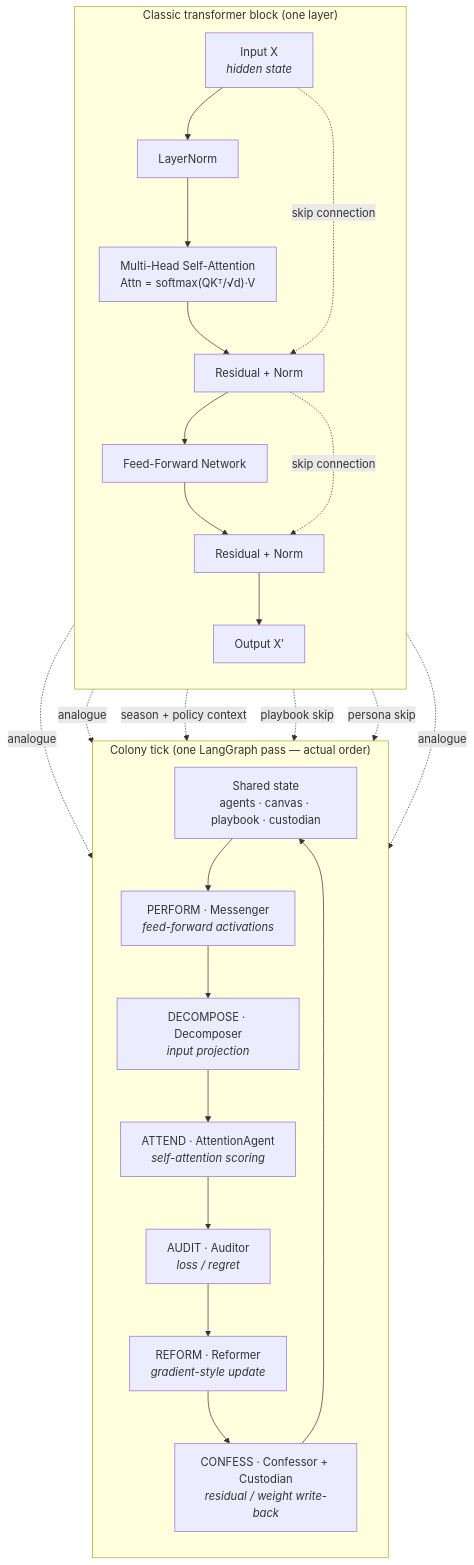
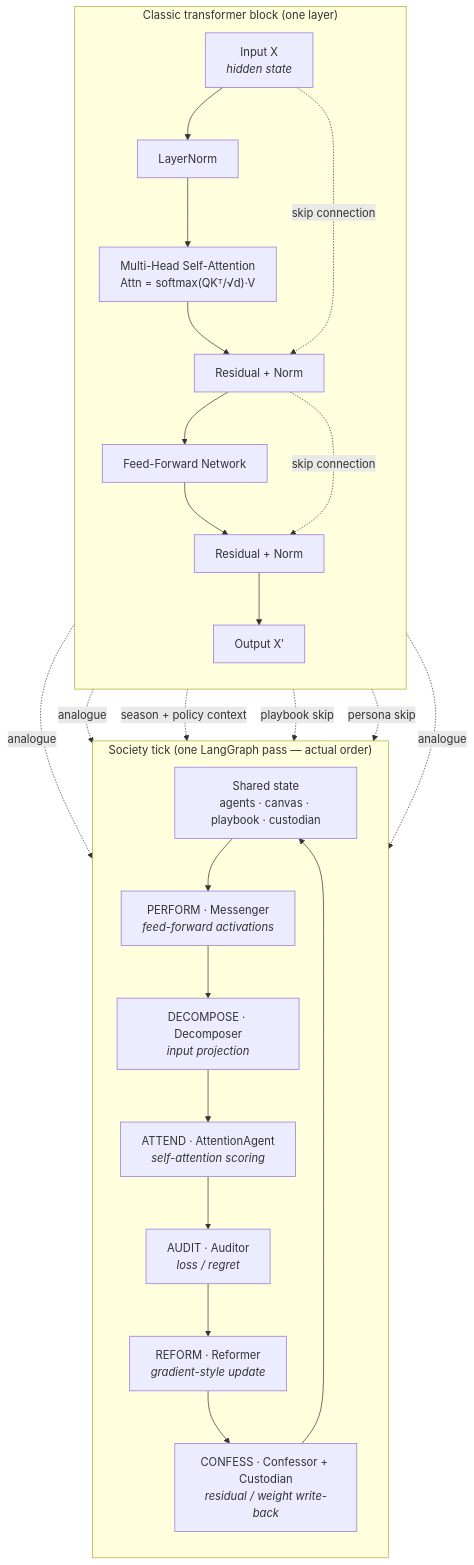
Before and after one commit to iblameandrew/sonar: the first of 4 diagrams in README.md, drawn with Mermaid. The commit also changed other lines of this file and 17 other files, not shown here.

````diff
--- a/README.md
+++ b/README.md
@@ -71,35 +73,35 @@
 ```mermaid
 flowchart TB
     subgraph block["Classic transformer block (one layer)"]
         direction TB
         XIN["Input X<br/><i>hidden state</i>"]
         LN1["LayerNorm"]
         MHA["Multi-Head Self-Attention<br/>Attn = softmax(QKᵀ/√d)·V"]
         ADD1["Residual + Norm"]
         FFN["Feed-Forward Network"]
         ADD2["Residual + Norm"]
         XOUT["Output X′"]
         XIN --> LN1 --> MHA --> ADD1 --> FFN --> ADD2 --> XOUT
         XIN -.->|skip connection| ADD1
         ADD1 -.->|skip connection| ADD2
     end
 
-    subgraph tick["Colony tick (one LangGraph pass — actual order)"]
+    subgraph tick["Society tick (one LangGraph pass — actual order)"]
         direction TB
         STATE["Shared state<br/>agents · canvas · playbook · custodian"]
         PERFORM["PERFORM · Messenger<br/><i>feed-forward activations</i>"]
         DECOMPOSE["DECOMPOSE · Decomposer<br/><i>input projection</i>"]
         ATTEND["ATTEND · AttentionAgent<br/><i>self-attention scoring</i>"]
         AUDIT["AUDIT · Auditor<br/><i>loss / regret</i>"]
         REFORM["REFORM · Reformer<br/><i>gradient-style update</i>"]
         CONFESS["CONFESS · Confessor + Custodian<br/><i>residual / weight write-back</i>"]
         STATE --> PERFORM --> DECOMPOSE --> ATTEND --> AUDIT --> REFORM --> CONFESS --> STATE
     end
 
     MHA -.->|analogue| ATTEND
     FFN -.->|analogue| PERFORM
     LN1 -.->|season + policy context| ATTEND
     ADD1 -.->|playbook skip| CONFESS
     ADD2 -.->|persona skip| REFORM
     XOUT -.->|analogue| STATE
 ```
````
